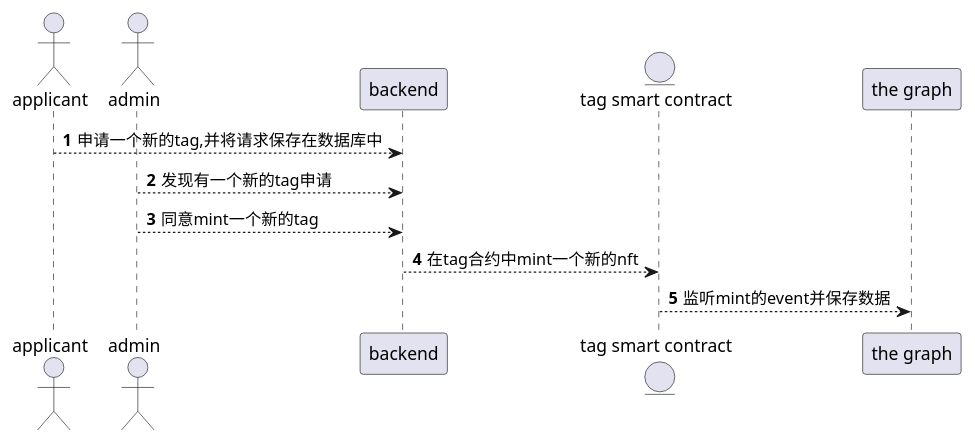
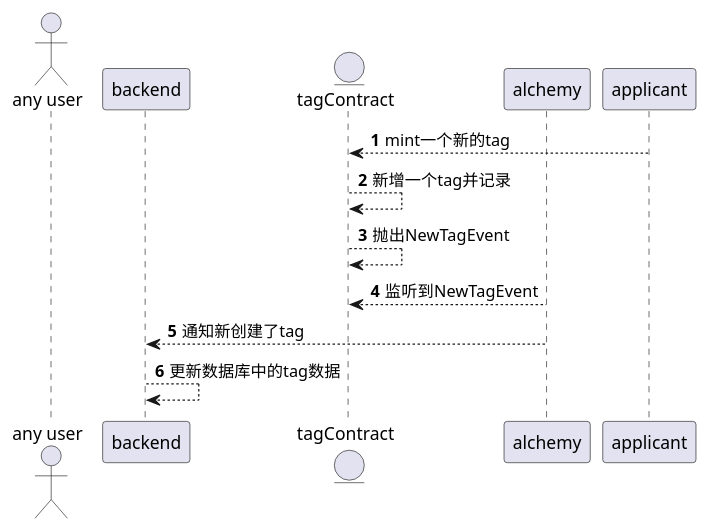
The diagram in docs/新增tag时序图.puml (Taggie3/contract), drawn with PlantUML before and after one commit. The commit also changed 9 other files, not shown here.

```diff
--- a/docs/新增tag时序图.puml
+++ b/docs/新增tag时序图.puml
@@ -1,18 +1,18 @@
 @startuml
 'https://plantuml.com/sequence-diagram
 
 autonumber
 
-actor applicant as applicant
-actor admin as admin
+actor "any user" as user
 participant backend as backend
-entity "tag smart contract" as contract
-participant "the graph" as graph
+entity tagContract as tagContract
+participant alchemy as alchemy
 
-applicant --> backend: 申请一个新的tag,并将请求保存在数据库中
-admin --> backend: 发现有一个新的tag申请
-admin --> backend: 同意mint一个新的tag
-backend --> contract: 在tag合约中mint一个新的nft
-contract --> graph: 监听mint的event并保存数据
+applicant --> tagContract: mint一个新的tag
+tagContract --> tagContract: 新增一个tag并记录
+tagContract --> tagContract: 抛出NewTagEvent
+alchemy --> tagContract:监听到NewTagEvent
+alchemy --> backend: 通知新创建了tag
+backend --> backend: 更新数据库中的tag数据
 
 @enduml
```
